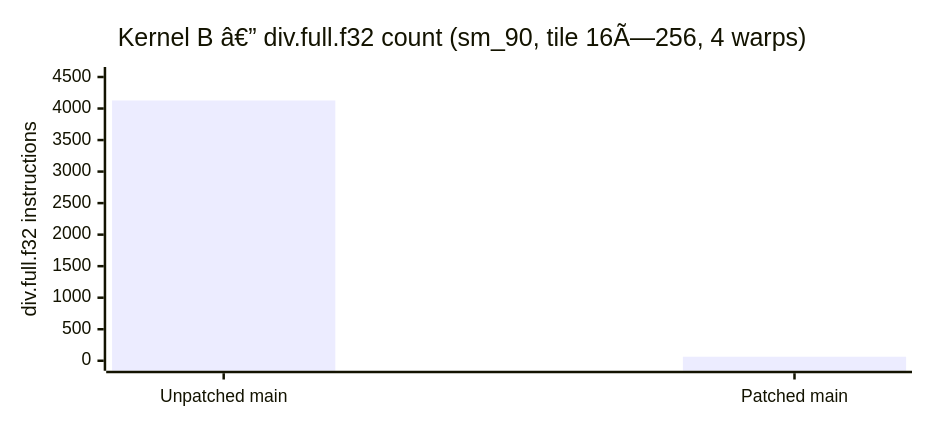
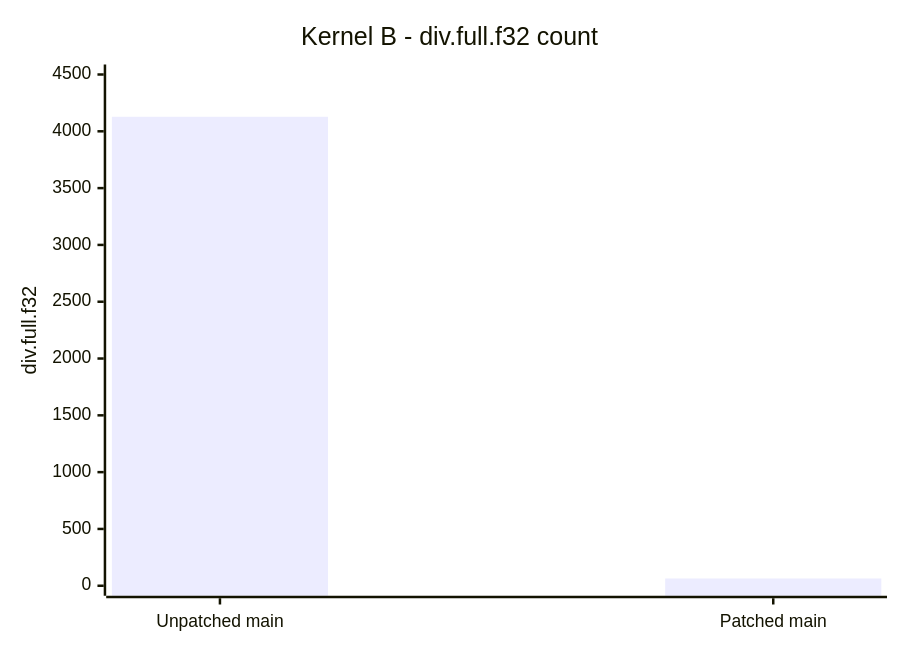
One commit to ArchanaChetan07/Triton- changed the first of 7 diagrams in README.md. Above: the diagram before and after it, drawn with Mermaid. The commit also changed other lines of this file, not shown here.

Commit message:
Fix README: encoding, sm_90 badge accuracy, measured PTX lines, diagrams

````diff
--- a/README.md
+++ b/README.md
@@ -24,13 +26,7 @@
 ```mermaid
----
-config:
-  xyChart:
-    width: 720
-    height: 320
----
 xychart-beta
-    title "Kernel B â€” div.full.f32 count (sm_90, tile 16Ã—256, 4 warps)"
+    title "Kernel B - div.full.f32 count"
     x-axis ["Unpatched main", "Patched main"]
-    y-axis "div.full.f32 instructions" 0 --> 4500
+    y-axis "div.full.f32" 0 --> 4500
     bar [4128, 64]
 ```
````
